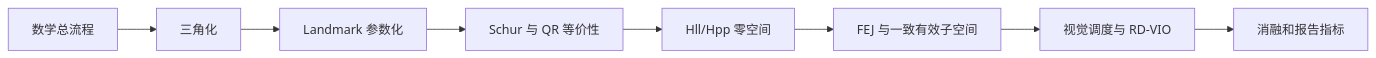
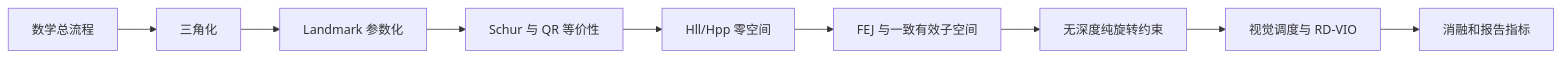
One commit to CainHu/SchurVIO changed the diagram in docs/README.md. Above: the diagram before and after it, drawn with Mermaid. The commit also changed other lines of this file and 6 other files, not shown here.

````diff
--- a/docs/README.md
+++ b/docs/README.md
@@ -52,10 +53,11 @@
 ```mermaid
 flowchart LR
     A["数学总流程"] --> B["三角化"]
     B --> C["Landmark 参数化"]
     C --> D["Schur 与 QR 等价性"]
     D --> E["Hll/Hpp 零空间"]
     E --> F["FEJ 与一致有效子空间"]
-    F --> G["视觉调度与 RD-VIO"]
-    G --> H["消融和报告指标"]
+    F --> G["无深度纯旋转约束"]
+    G --> H["视觉调度与 RD-VIO"]
+    H --> I["消融和报告指标"]
 ```
````
